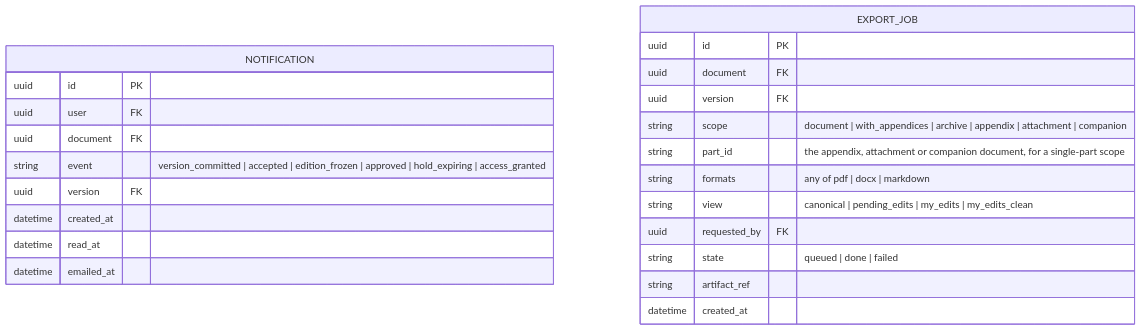
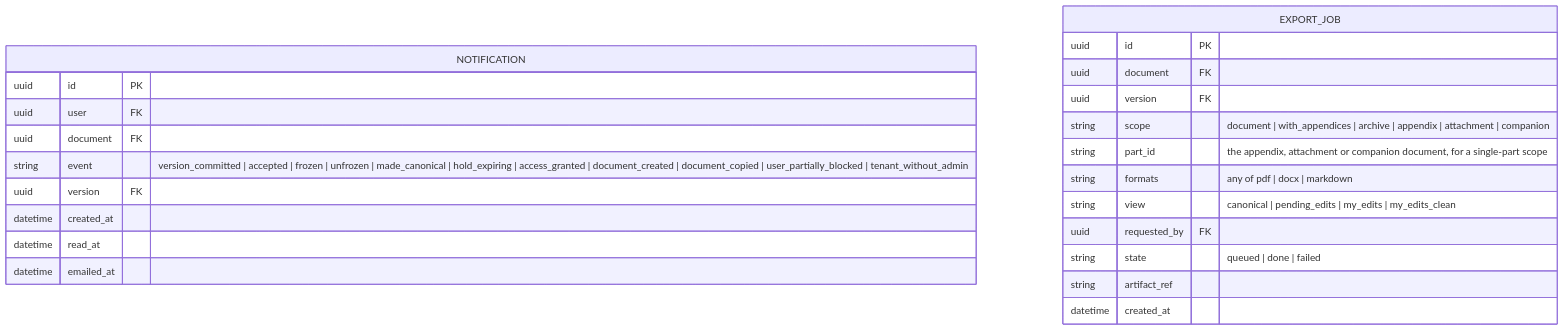
One commit to Oleksii-Zagorskyi/syngraphe changed the fifth of 5 diagrams in docs/data-model.md. Above: the diagram before and after it, drawn with Mermaid. The commit also changed other lines of this file and 19 other files, not shown here.

First line of the commit message:
Add group access, freezing and version numbers

````diff
--- a/docs/data-model.md
+++ b/docs/data-model.md
@@ -363,26 +415,26 @@
 ```mermaid
 erDiagram
     NOTIFICATION {
         uuid id PK
         uuid user FK
         uuid document FK
-        string event "version_committed | accepted | edition_frozen | approved | hold_expiring | access_granted"
+        string event "version_committed | accepted | frozen | unfrozen | made_canonical | hold_expiring | access_granted | document_created | document_copied | user_partially_blocked | tenant_without_admin"
         uuid version FK
         datetime created_at
         datetime read_at
         datetime emailed_at
     }
     EXPORT_JOB {
         uuid id PK
         uuid document FK
         uuid version FK
         string scope "document | with_appendices | archive | appendix | attachment | companion"
         string part_id "the appendix, attachment or companion document, for a single-part scope"
         string formats "any of pdf | docx | markdown"
         string view "canonical | pending_edits | my_edits | my_edits_clean"
         uuid requested_by FK
         string state "queued | done | failed"
         string artifact_ref
         datetime created_at
     }
 ```
````
